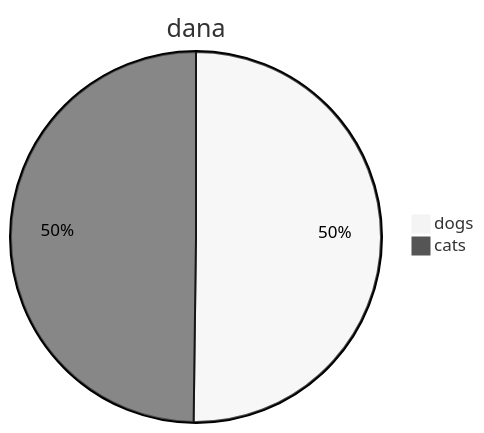
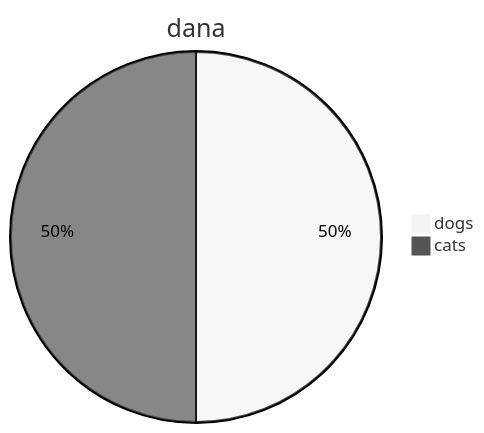
Before and after one commit to TalPeretzSwimm/Tal-github-app: the diagram in .swm/testing-mermaid-for-release-try-3.pwqtu.sw.md, drawn with Mermaid (neutral theme). The commit also changed other lines of this file, not shown here.

Commit message:
docs(swimm): update swimms: "Testing Mermaid for release - try 3"

````diff
--- a/.swm/testing-mermaid-for-release-try-3.pwqtu.sw.md
+++ b/.swm/testing-mermaid-for-release-try-3.pwqtu.sw.md
@@ -13,5 +13,5 @@
 ```mermaid
 pie title dana
-  "dogs": 123
-  "cats": 122
+  "dogs": 12
+  "cats": 12
 ```
````
